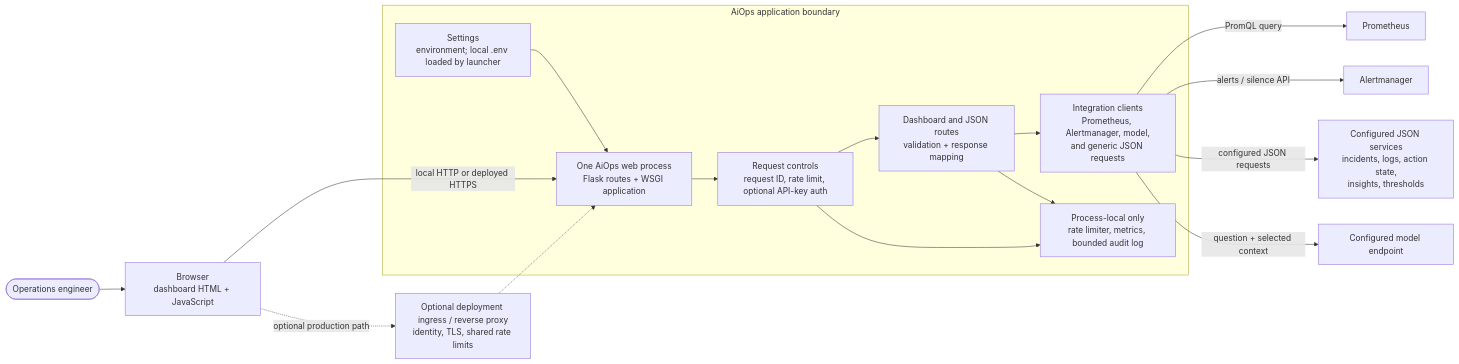
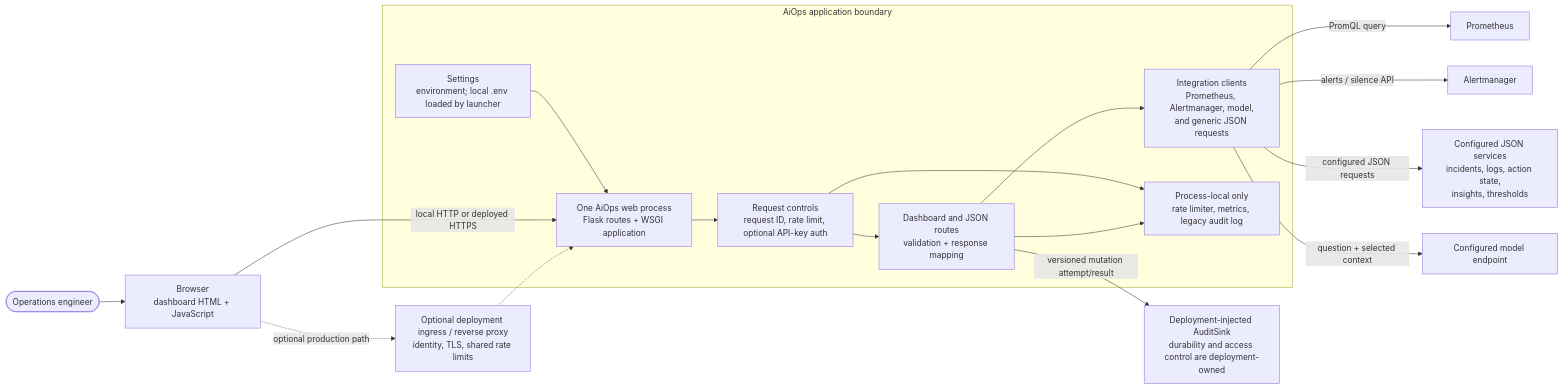
One commit to RajaMuhammadAwais/AiOps changed the first of 3 diagrams in ARCHITECTURE.md. Above: the diagram before and after it, drawn with Mermaid. The commit also changed other lines of this file and 7 other files, not shown here.

Commit message:
feat(audit): wire sink into mutation routes (#65)

````diff
--- a/ARCHITECTURE.md
+++ b/ARCHITECTURE.md
@@ -9,33 +9,35 @@
 ```mermaid
 flowchart LR
     operator(["Operations engineer"])
     browser["Browser<br/>dashboard HTML + JavaScript"]
 
     subgraph aiops["AiOps application boundary"]
         app["One AiOps web process<br/>Flask routes + WSGI application"]
         config["Settings<br/>environment; local .env loaded by launcher"]
         controls["Request controls<br/>request ID, rate limit, optional API-key auth"]
         routes["Dashboard and JSON routes<br/>validation + response mapping"]
         adapters["Integration clients<br/>Prometheus, Alertmanager, model,<br/>and generic JSON requests"]
-        memory["Process-local only<br/>rate limiter, metrics, bounded audit log"]
+        memory["Process-local only<br/>rate limiter, metrics, legacy audit log"]
         app --> controls --> routes --> adapters
         config --> app
         controls --> memory
         routes --> memory
     end
 
     ingress["Optional deployment ingress / reverse proxy<br/>identity, TLS, shared rate limits"]
     prom["Prometheus"]
     alertmanager["Alertmanager"]
     services["Configured JSON services<br/>incidents, logs, action state,<br/>insights, thresholds"]
     model["Configured model endpoint"]
+    audit["Deployment-injected AuditSink<br/>durability and access control are deployment-owned"]
 
     operator --> browser
     browser -->|"local HTTP or deployed HTTPS"| app
     browser -.->|"optional production path"| ingress
     ingress -.-> app
     adapters -->|"PromQL query"| prom
     adapters -->|"alerts / silence API"| alertmanager
     adapters -->|"configured JSON requests"| services
     adapters -->|"question + selected context"| model
+    routes -->|"versioned mutation attempt/result"| audit
 ```
````
